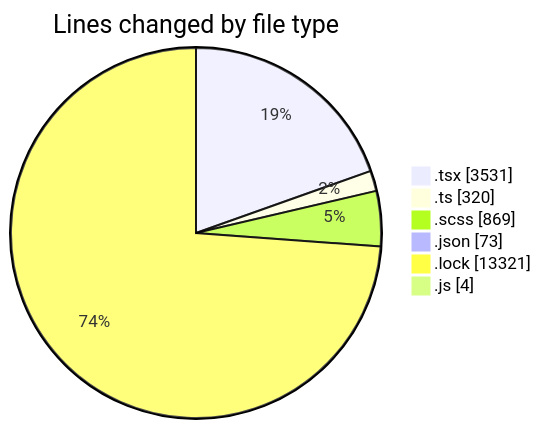
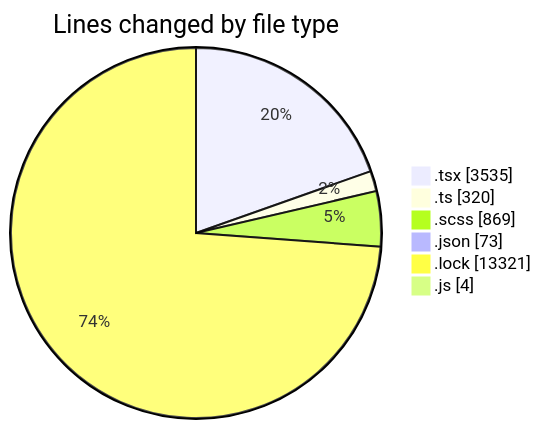
One commit to momahboobian/code-tracking changed the first of 2 diagrams in 2025-02-12/cda/README.md. Above: the diagram before and after it, drawn with Mermaid. The commit also changed other lines of this file and 1 other file, not shown here.

````diff
--- a/2025-02-12/cda/README.md
+++ b/2025-02-12/cda/README.md
@@ -41,10 +41,10 @@
 ```mermaid
 pie showData
 title Lines changed by file type
-".tsx" : 3531
+".tsx" : 3535
 ".ts" : 320
 ".scss" : 869
 ".json" : 73
 ".lock" : 13321
 ".js" : 4
 ```
````
